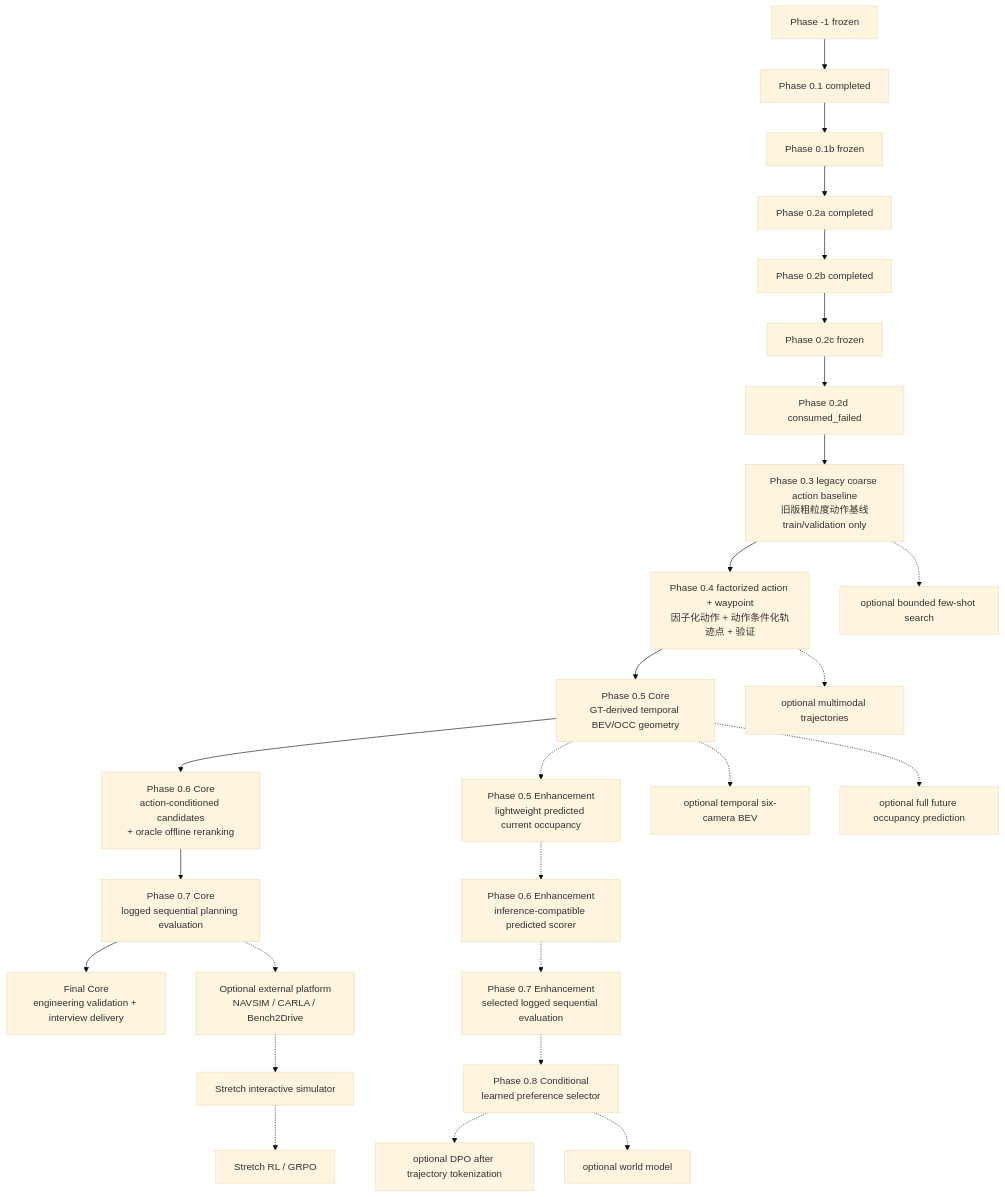
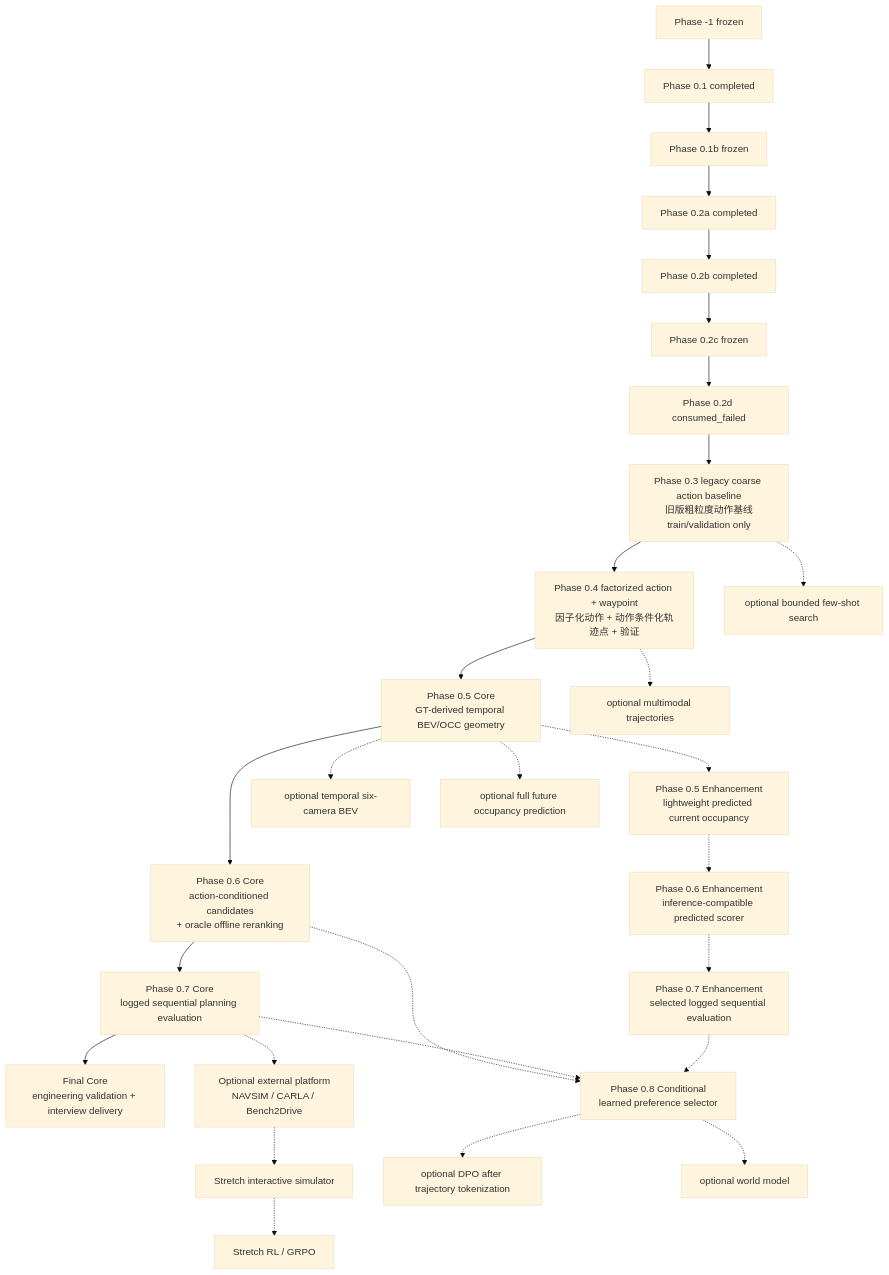
Before and after one commit to TNAG031231/4vla_learning: the second of 2 diagrams in project_mvp_plan.md, drawn with Mermaid (base theme). The commit also changed other lines of this file, not shown here.

````diff
--- a/project_mvp_plan.md
+++ b/project_mvp_plan.md
@@ -463,29 +463,31 @@
 ```mermaid
 flowchart TD
     Pm1["Phase -1 frozen"] --> P01["Phase 0.1 completed"]
     P01 --> P01b["Phase 0.1b frozen"]
     P01b --> P02a["Phase 0.2a completed"]
     P02a --> P02b["Phase 0.2b completed"]
     P02b --> P02c["Phase 0.2c frozen"]
     P02c --> P02d["Phase 0.2d consumed_failed"]
     P02d --> P03["Phase 0.3 legacy coarse action baseline<br/>旧版粗粒度动作基线<br/>train/validation only"]
     P03 --> P04["Phase 0.4 factorized action + waypoint<br/>因子化动作 + 动作条件化轨迹点 + 验证"]
     P04 --> P05["Phase 0.5 Core<br/>GT-derived temporal BEV/OCC geometry"]
     P05 --> P06["Phase 0.6 Core<br/>action-conditioned candidates<br/>+ oracle offline reranking"]
     P06 --> P07["Phase 0.7 Core<br/>logged sequential planning evaluation"]
     P07 --> PF["Final Core<br/>engineering validation + interview delivery"]
 
     P03 -.-> OPrompt["optional bounded few-shot search"]
     P04 -.-> OMulti["optional multimodal trajectories"]
     P05 -.-> P05E["Phase 0.5 Enhancement<br/>lightweight predicted current occupancy"]
     P05E -.-> P06E["Phase 0.6 Enhancement<br/>inference-compatible predicted scorer"]
     P06E -.-> P07E["Phase 0.7 Enhancement<br/>selected logged sequential evaluation"]
+    P06 -.-> P08["Phase 0.8 Conditional<br/>learned preference selector"]
+    P07 -.-> P08
     P07E -.-> P08["Phase 0.8 Conditional<br/>learned preference selector"]
     P05 -.-> OTemporalBEV["optional temporal six-camera BEV"]
     P05 -.-> OFutureOcc["optional full future occupancy prediction"]
     P07 -.-> OPlatform["Optional external platform<br/>NAVSIM / CARLA / Bench2Drive"]
     OPlatform -.-> OSim["Stretch interactive simulator"]
     OSim -.-> ORL["Stretch RL / GRPO"]
     P08 -.-> ODPO["optional DPO after trajectory tokenization"]
     P08 -.-> OWorld["optional world model"]
 ```
````
